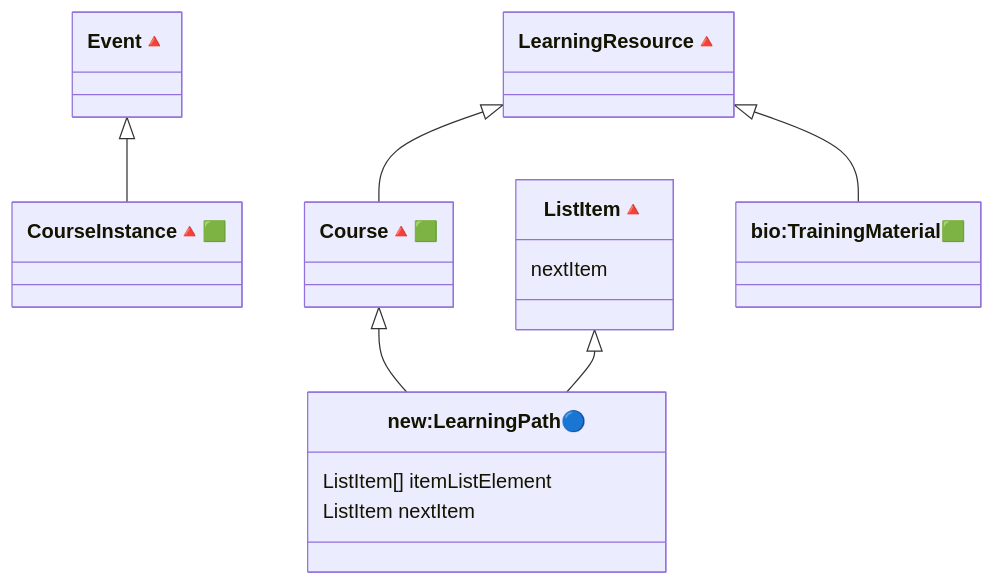
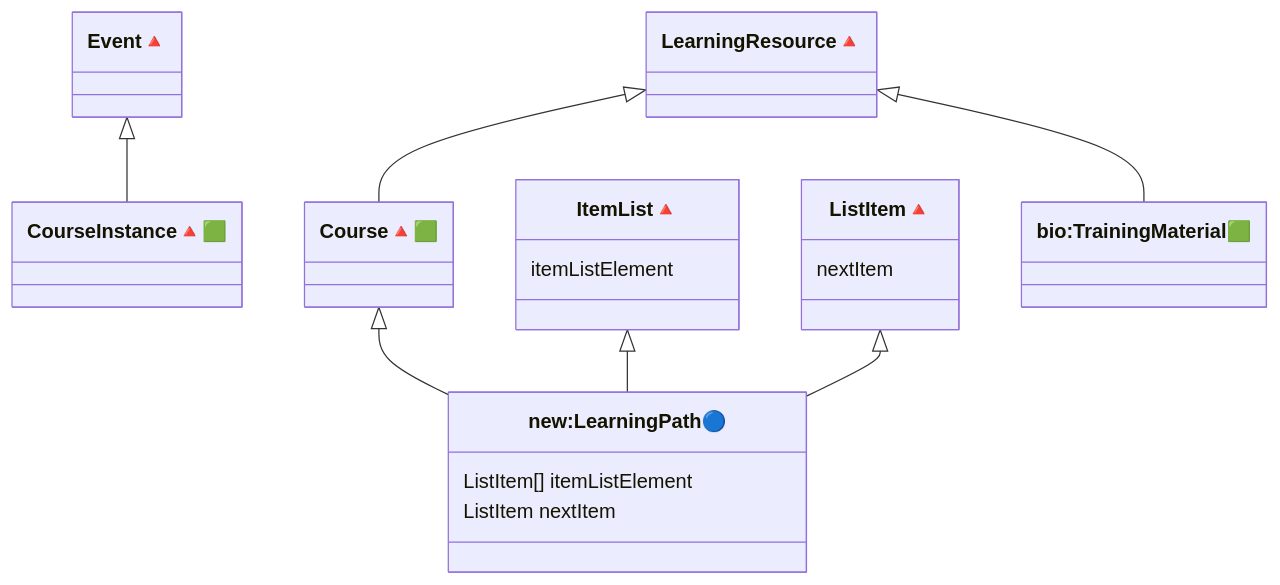
The fifth of 6 diagrams in README.md (BioSchemas/LearningPath-sandbox), drawn with Mermaid before and after one commit. The commit also changed other lines of this file, not shown here.

Commit message:
Add ItemList class and update relationships

````diff
--- a/README.md
+++ b/README.md
@@ -479,26 +479,30 @@
 ```mermaid
 classDiagram
 direction TB
     class Event["Event🔺"] {
     }
     class CourseInstance["CourseInstance🔺🟩"]  {
     }
     class Course["Course🔺🟩"] {
     }
     class new_LearningPath["new:LearningPath🔵"] {
         ListItem[] itemListElement
         ListItem nextItem
     }
+    class ItemList["ItemList🔺"] {
+	    itemListElement
+    }
     class ListItem["ListItem🔺"] {
 	    nextItem
     }
     class LearningResource["LearningResource🔺"] {
     }
     class bio_TrainingMaterial["bio:TrainingMaterial🟩"] {
     }
     Course <|-- new_LearningPath
+    ItemList <|-- new_LearningPath
     ListItem <|-- new_LearningPath
     LearningResource <|-- Course
     LearningResource <|-- bio_TrainingMaterial
     Event <|-- CourseInstance
 ```
````
